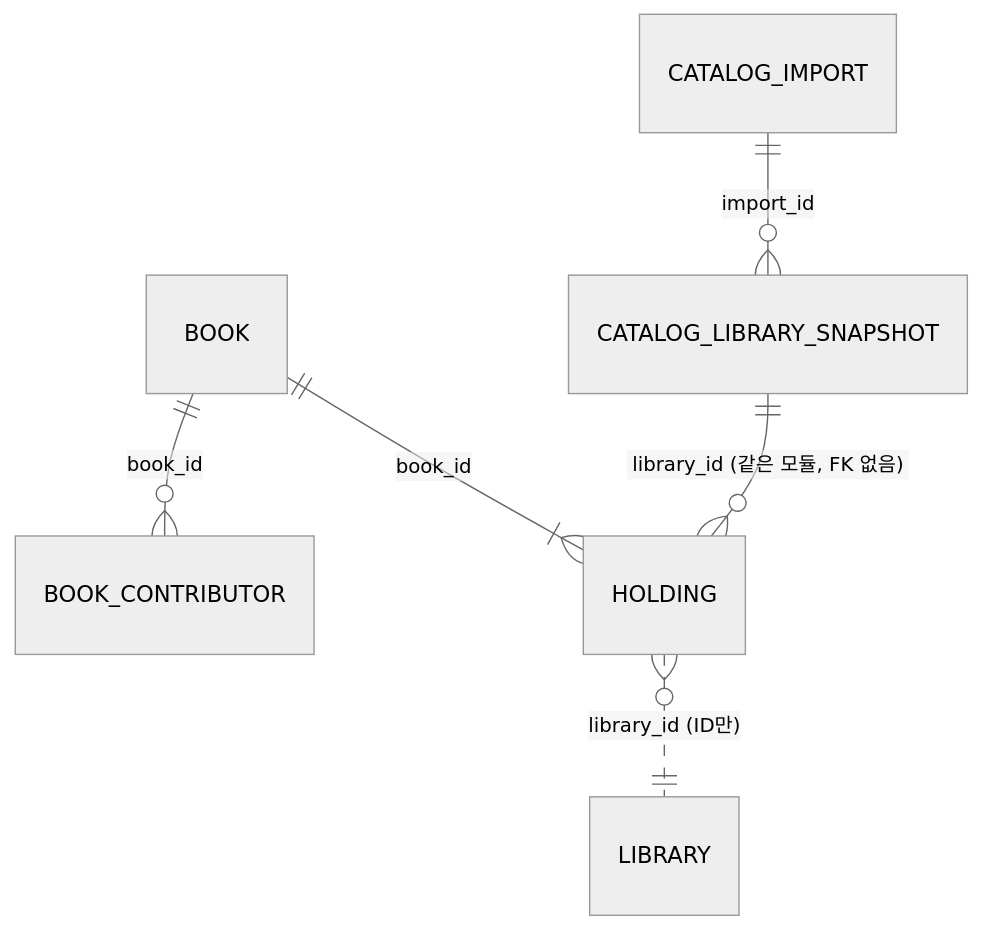
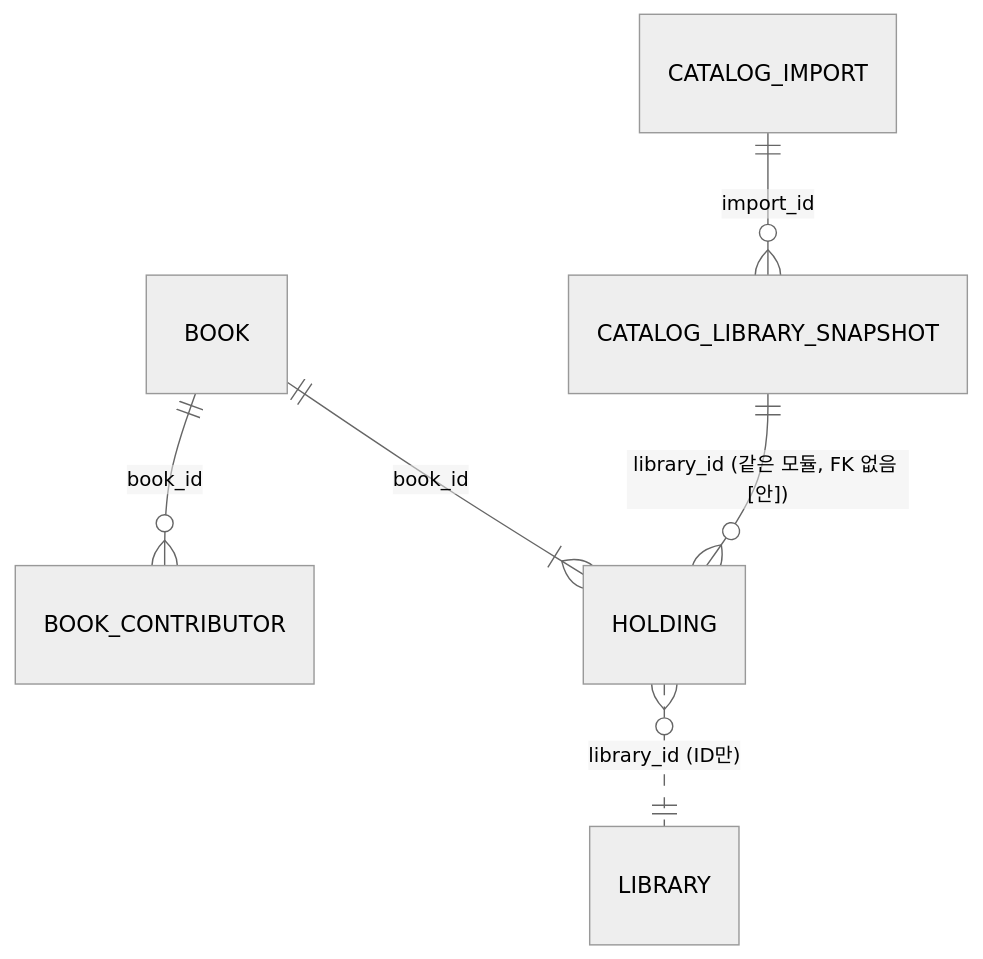
The sixth of 6 diagrams in docs/cycles/04-and-search/design-delta.md (hodu-sketch/chaekcheck-plan), drawn with Mermaid (neutral theme) before and after one commit. The commit also changed other lines of this file and 1 other file, not shown here.

````diff
--- a/docs/cycles/04-and-search/design-delta.md
+++ b/docs/cycles/04-and-search/design-delta.md
@@ -182,8 +182,8 @@
 ```mermaid
 erDiagram
   BOOK ||--o{ BOOK_CONTRIBUTOR : "book_id"
   BOOK ||--|{ HOLDING : "book_id"
-  CATALOG_LIBRARY_SNAPSHOT ||--o{ HOLDING : "library_id (같은 모듈, FK 없음)"
+  CATALOG_LIBRARY_SNAPSHOT ||--o{ HOLDING : "library_id (같은 모듈, FK 없음 [안])"
   HOLDING }o..|| LIBRARY : "library_id (ID만)"
   CATALOG_IMPORT ||--o{ CATALOG_LIBRARY_SNAPSHOT : "import_id"
 ```
````
